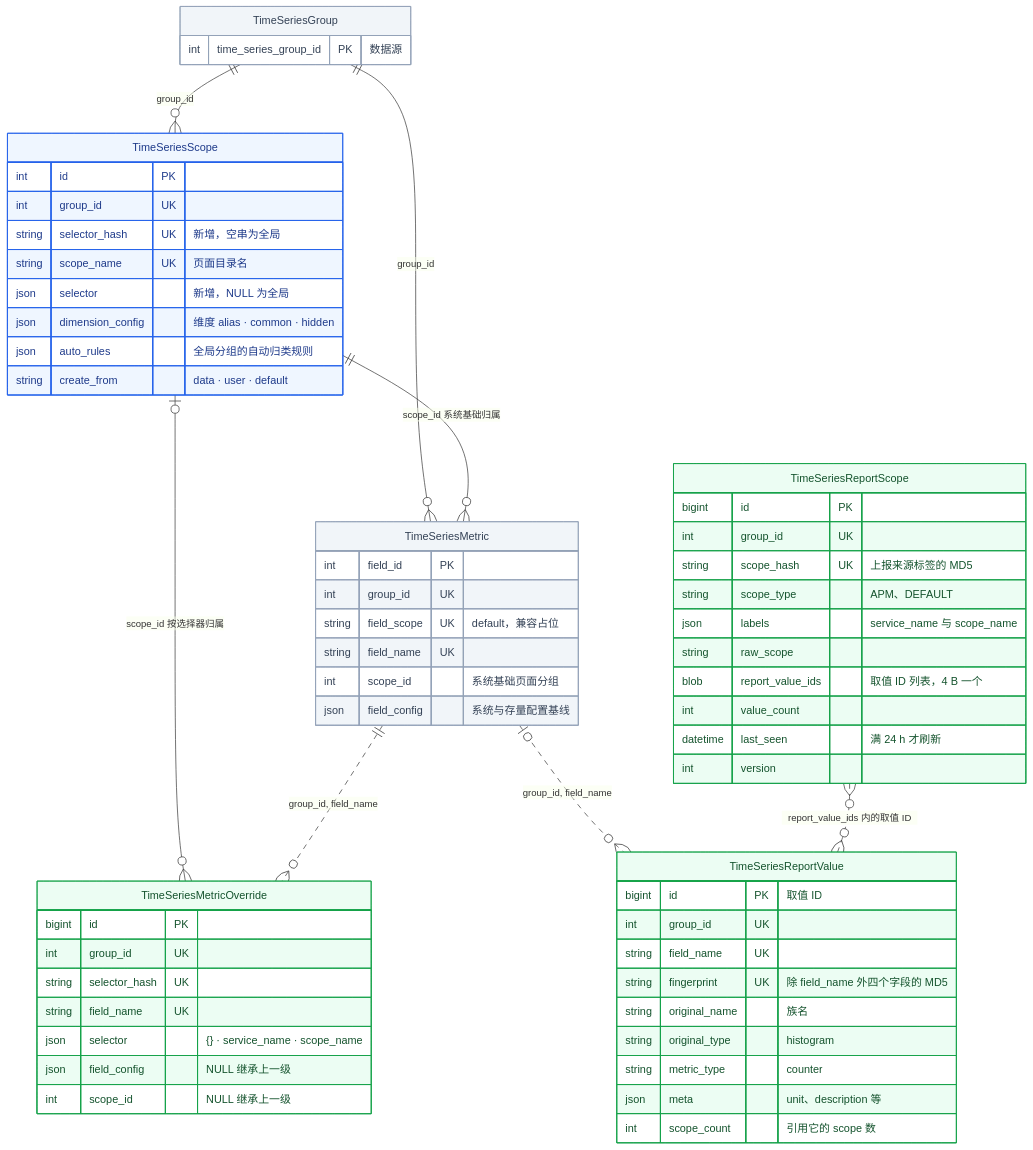
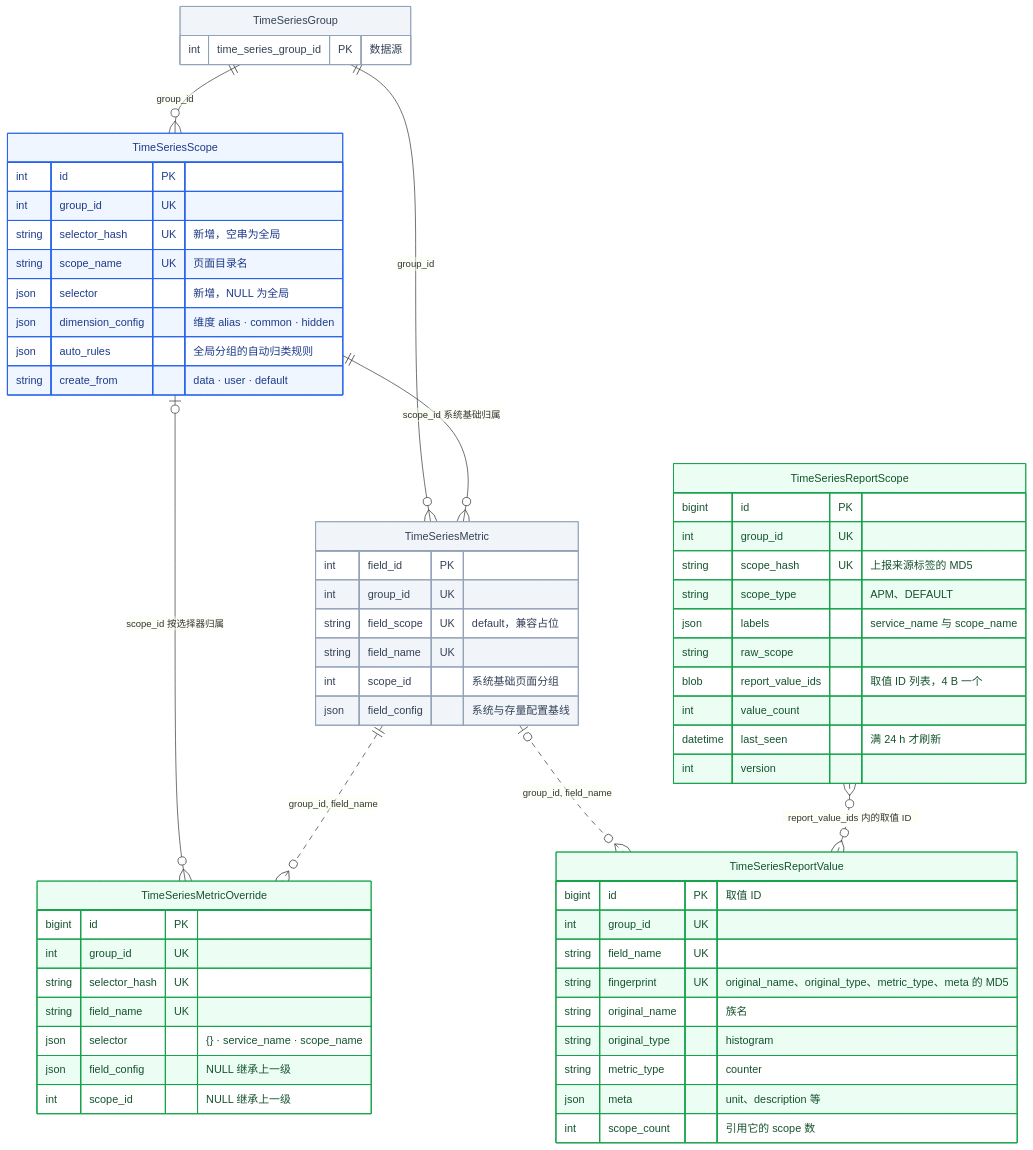
Before and after one commit to ZhuoZhuoCrayon/ai-workspace: the seventh of 25 diagrams in knowledge/bkmonitor/issues/2026-09-15-custom-metric-metadata/PLAN.md, drawn with Mermaid. The commit also changed other lines of this file, not shown here.

````diff
--- a/knowledge/bkmonitor/issues/2026-09-15-custom-metric-metadata/PLAN.md
+++ b/knowledge/bkmonitor/issues/2026-09-15-custom-metric-metadata/PLAN.md
@@ -434,71 +434,71 @@
 ```mermaid
 erDiagram
     TimeSeriesGroup ||--o{ TimeSeriesScope : "group_id"
     TimeSeriesGroup ||--o{ TimeSeriesMetric : "group_id"
     TimeSeriesScope ||--o{ TimeSeriesMetric : "scope_id 系统基础归属"
     TimeSeriesScope |o--o{ TimeSeriesMetricOverride : "scope_id 按选择器归属"
     TimeSeriesMetric ||..o{ TimeSeriesMetricOverride : "group_id, field_name"
     TimeSeriesMetric |o..o{ TimeSeriesReportValue : "group_id, field_name"
     TimeSeriesReportScope }o..o{ TimeSeriesReportValue : "report_value_ids 内的取值 ID"
 
     TimeSeriesGroup {
         int time_series_group_id PK "数据源"
     }
     TimeSeriesMetric {
         int field_id PK
         int group_id UK
         string field_scope UK "default，兼容占位"
         string field_name UK
         int scope_id "系统基础页面分组"
         json field_config "系统与存量配置基线"
     }
     TimeSeriesScope {
         int id PK
         int group_id UK
         string selector_hash UK "新增，空串为全局"
         string scope_name UK "页面目录名"
         json selector "新增，NULL 为全局"
         json dimension_config "维度 alias · common · hidden"
         json auto_rules "全局分组的自动归类规则"
         string create_from "data · user · default"
     }
     TimeSeriesMetricOverride {
         bigint id PK
         int group_id UK
         string selector_hash UK
         string field_name UK
         json selector "{} · service_name · scope_name"
         json field_config "NULL 继承上一级"
         int scope_id "NULL 继承上一级"
     }
     TimeSeriesReportValue {
         bigint id PK "取值 ID"
         int group_id UK
         string field_name UK
-        string fingerprint UK "除 field_name 外四个字段的 MD5"
+        string fingerprint UK "original_name、original_type、metric_type、meta 的 MD5"
         string original_name "族名"
         string original_type "histogram"
         string metric_type "counter"
         json meta "unit、description 等"
         int scope_count "引用它的 scope 数"
     }
     TimeSeriesReportScope {
         bigint id PK
         int group_id UK
         string scope_hash UK "上报来源标签的 MD5"
         string scope_type "APM、DEFAULT"
         json labels "service_name 与 scope_name"
         string raw_scope
         blob report_value_ids "取值 ID 列表，4 B 一个"
         int value_count
         datetime last_seen "满 24 h 才刷新"
         int version
     }
 
     classDef add fill:#ecfdf3,stroke:#16a34a,color:#14532d
     classDef change fill:#eff6ff,stroke:#2563eb,color:#1e3a8a
     classDef old fill:#f1f5f9,stroke:#94a3b8,color:#334155
     class TimeSeriesReportValue,TimeSeriesReportScope,TimeSeriesMetricOverride add
     class TimeSeriesScope change
     class TimeSeriesGroup,TimeSeriesMetric old
 ```
````
